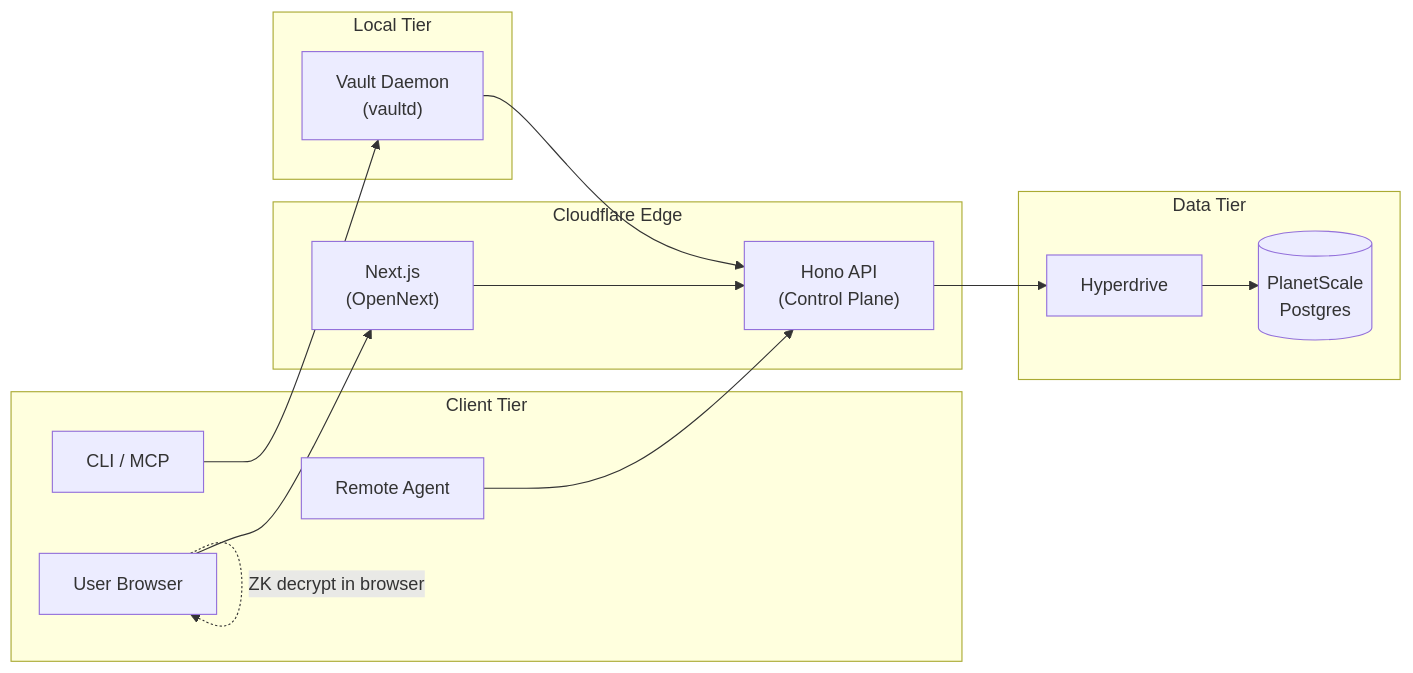
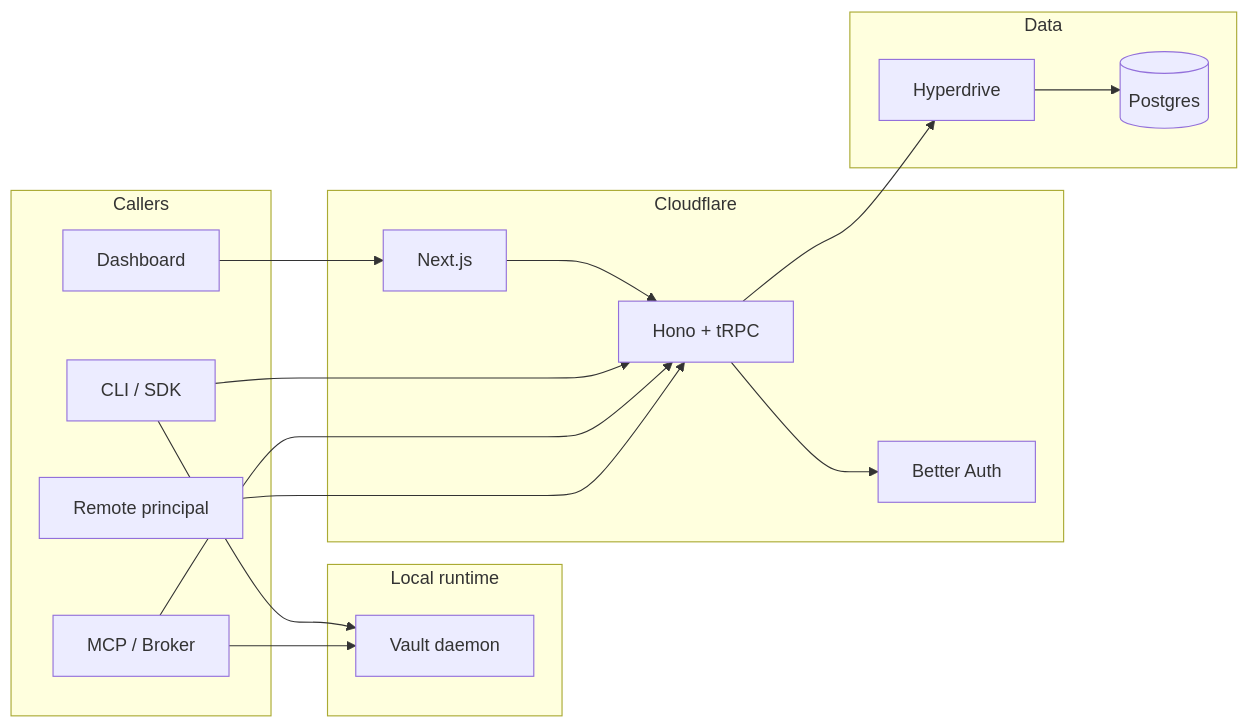
The diagram in docs/ARCHITECTURE.md (punitarani/abadge), drawn with Mermaid before and after one commit. The commit also changed other lines of this file and 104 other files, not shown here.

Commit message:
Refactor agent access, broker sessions, and dashboard flows

````diff
--- a/docs/ARCHITECTURE.md
+++ b/docs/ARCHITECTURE.md
@@ -52,31 +54,34 @@
 ```mermaid
 flowchart LR
-  subgraph Client["Client Tier"]
-    U[User Browser]
-    CLI[CLI / MCP]
-    Agent[Remote Agent]
+  subgraph Clients["Callers"]
+    Browser["Dashboard"]
+    CLI["CLI / SDK"]
+    MCP["MCP / Broker"]
+    Remote["Remote principal"]
   end
 
-  subgraph Local["Local Tier"]
-    Daemon["Vault Daemon<br/>(vaultd)"]
+  subgraph Local["Local runtime"]
+    Daemon["Vault daemon"]
   end
 
-  subgraph Edge["Cloudflare Edge"]
-    W["Next.js<br/>(OpenNext)"]
-    API["Hono API<br/>(Control Plane)"]
+  subgraph Edge["Cloudflare"]
+    Web["Next.js"]
+    API["Hono + tRPC"]
+    Auth["Better Auth"]
   end
 
-  subgraph Data["Data Tier"]
-    H[Hyperdrive]
-    DB[(PlanetScale<br/>Postgres)]
+  subgraph Data["Data"]
+    Hyperdrive["Hyperdrive"]
+    DB[(Postgres)]
   end
 
-  U --> W
-  U -.->|ZK decrypt in browser| U
+  Browser --> Web
+  Web --> API
+  CLI --> API
+  MCP --> API
+  Remote --> API
   CLI --> Daemon
-  Daemon --> API
-  Agent --> API
-  W --> API
-  API --> H
-  H --> DB
+  MCP --> Daemon
+  API --> Auth
+  API --> Hyperdrive --> DB
 ```
````
